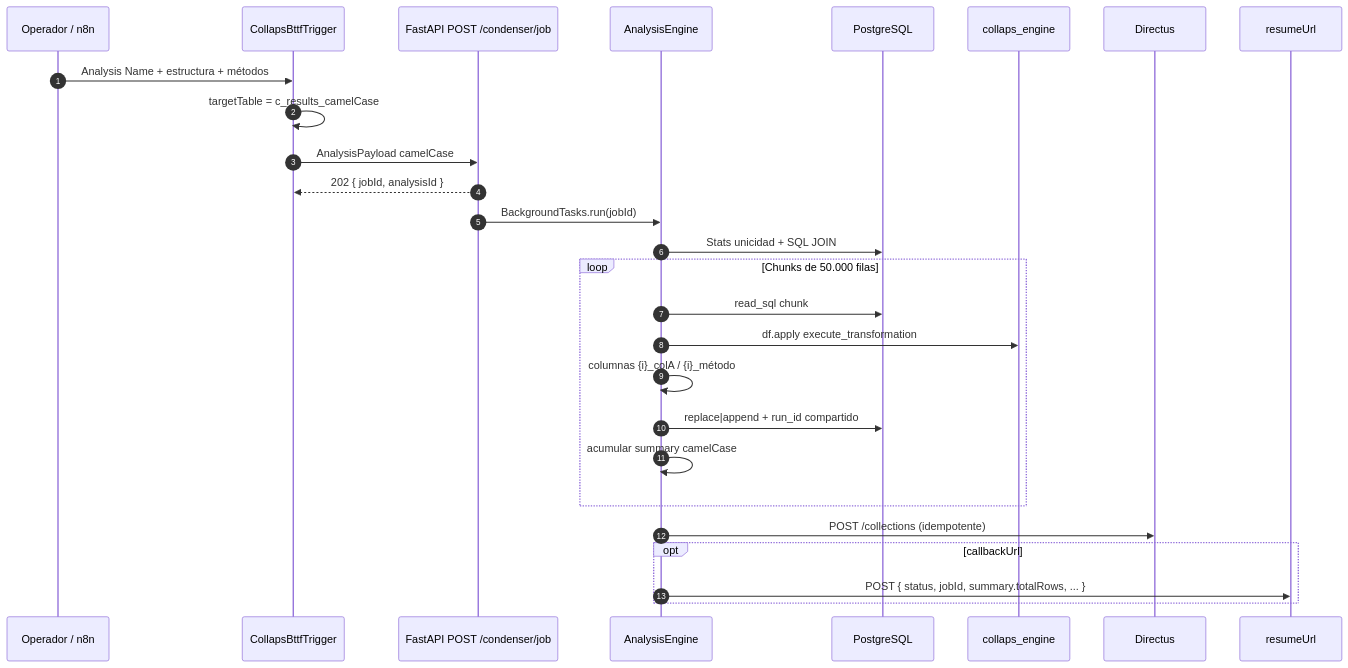
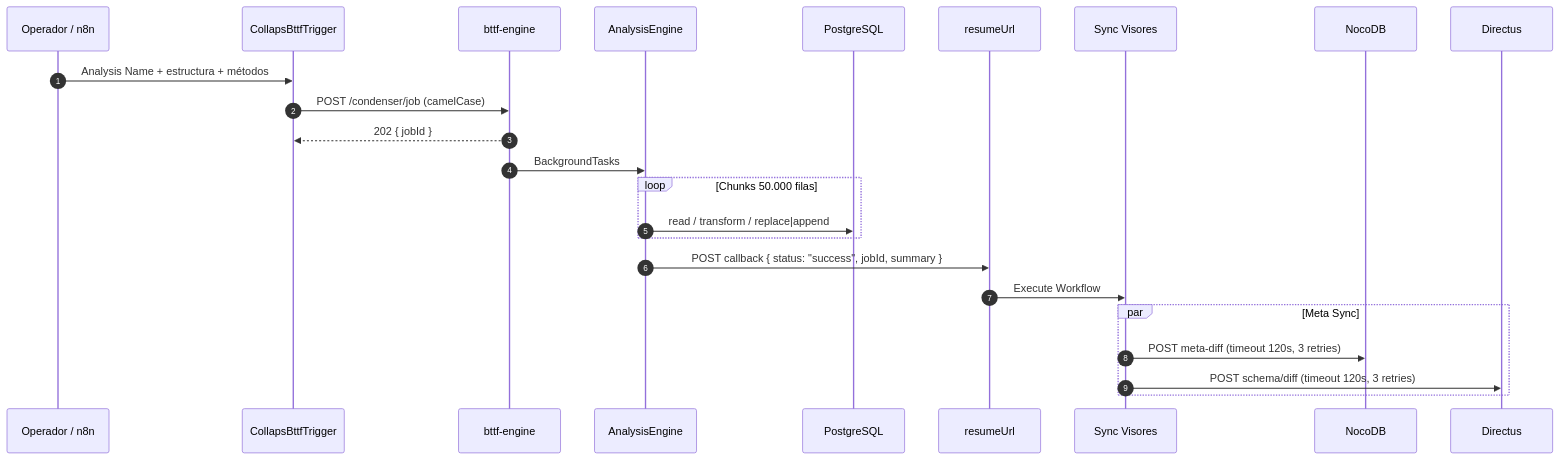
Before and after one commit to jgutierrez-kubic/collaps-docs: the diagram in arquitectura/flujo-end-to-end.md, drawn with Mermaid. The commit also changed other lines of this file and 12 other files, not shown here.

Commit message:
docs: actualizacion integral de arquitectura (Separation of Concerns, Motor sin CMS, n8n Sync y Manual NocoDB)

````diff
--- a/arquitectura/flujo-end-to-end.md
+++ b/arquitectura/flujo-end-to-end.md
@@ -7,32 +7,29 @@
 ```mermaid
 sequenceDiagram
   autonumber
   participant Ops as Operador / n8n
   participant Trig as CollapsBttfTrigger
-  participant API as FastAPI POST /condenser/job
+  participant API as bttf-engine
   participant AE as AnalysisEngine
   participant PG as PostgreSQL
-  participant CE as collaps_engine
+  participant Wait as resumeUrl
+  participant Sync as Sync Visores
+  participant NC as NocoDB
   participant DX as Directus
-  participant Wait as resumeUrl
 
   Ops->>Trig: Analysis Name + estructura + métodos
-  Trig->>Trig: targetTable = c_results_camelCase
-  Trig->>API: AnalysisPayload camelCase
-  API-->>Trig: 202 { jobId, analysisId }
-  API->>AE: BackgroundTasks.run(jobId)
+  Trig->>API: POST /condenser/job (camelCase)
+  API-->>Trig: 202 { jobId }
+  API->>AE: BackgroundTasks
 
-  AE->>PG: Stats unicidad + SQL JOIN
-  loop Chunks de 50.000 filas
-    AE->>PG: read_sql chunk
-    AE->>CE: df.apply execute_transformation
-    AE->>AE: columnas {i}_colA / {i}_método
-    AE->>PG: replace|append + run_id compartido
-    AE->>AE: acumular summary camelCase
+  loop Chunks 50.000 filas
+    AE->>PG: read / transform / replace|append
   end
 
-  AE->>DX: POST /collections (idempotente)
-  opt callbackUrl
-    AE->>Wait: POST { status, jobId, summary.totalRows, ... }
+  AE->>Wait: POST callback { status: "success", jobId, summary }
+  Wait->>Sync: Execute Workflow
+  par Meta Sync
+    Sync->>NC: POST meta-diff (timeout 120s, 3 retries)
+    Sync->>DX: POST schema/diff (timeout 120s, 3 retries)
   end
 ```
````
